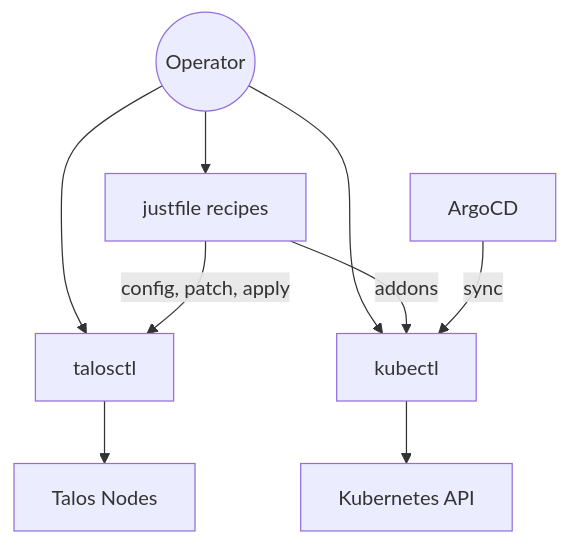
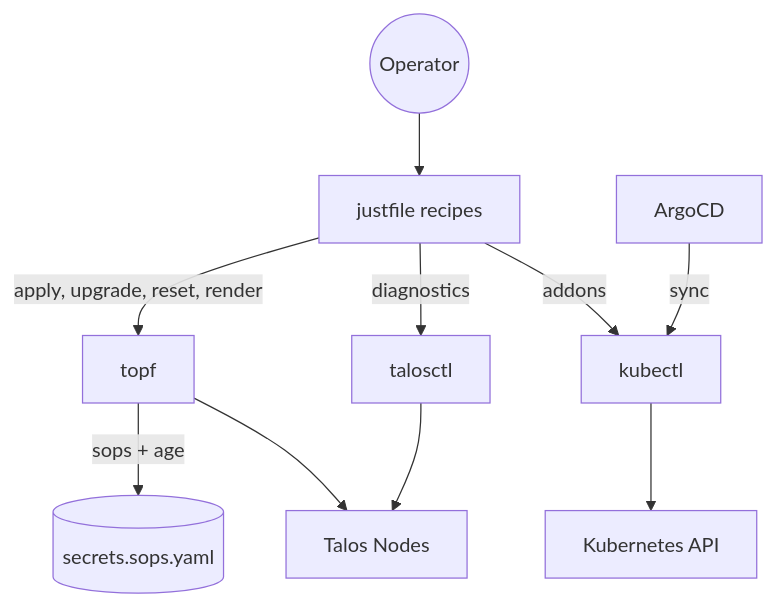
One commit to swibrow/home-ops changed the diagram in docs/operations/index.md. Above: the diagram before and after it, drawn with Mermaid. The commit also changed other lines of this file and 39 other files, not shown here.

First line of the commit message:
feat(talos): topf lifecycle, flattened layout, CI diff/apply (#1119)

````diff
--- a/docs/operations/index.md
+++ b/docs/operations/index.md
@@ -11,19 +13,20 @@
 ```mermaid
 flowchart TD
     Operator((Operator))
     Just[justfile recipes]
+    Topf[topf]
     Talosctl[talosctl]
     Kubectl[kubectl]
     ArgoCD[ArgoCD]
 
     Operator --> Just
-    Operator --> Talosctl
-    Operator --> Kubectl
-
-    Just -->|config, patch, apply| Talosctl
+    Just -->|apply, upgrade, reset, render| Topf
+    Just -->|diagnostics| Talosctl
     Just -->|addons| Kubectl
     ArgoCD -->|sync| Kubectl
 
-    Talosctl --> Nodes[Talos Nodes]
+    Topf -->|sops + age| Secrets[(secrets.sops.yaml)]
+    Topf --> Nodes[Talos Nodes]
+    Talosctl --> Nodes
     Kubectl --> API[Kubernetes API]
 ```
````
